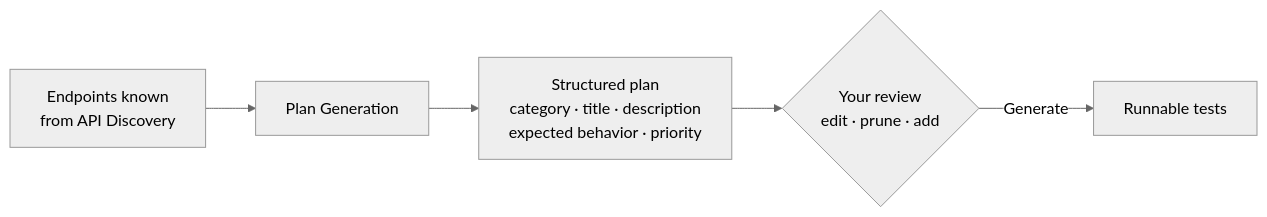
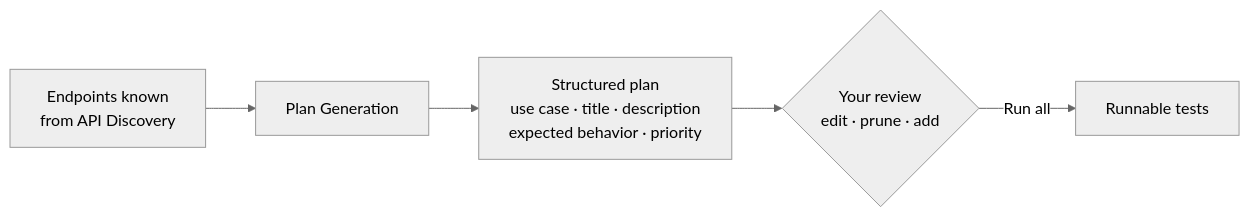
Before and after one commit to TestSprite/Docs: the diagram in web-portal/core/api/api-plan-gen.mdx, drawn with Mermaid (neutral theme). The commit also changed other lines of this file and 357 other files, not shown here.

````diff
--- a/web-portal/core/api/api-plan-gen.mdx
+++ b/web-portal/core/api/api-plan-gen.mdx
@@ -16,7 +15,7 @@
 ```mermaid
 flowchart LR
     A[Endpoints known<br/>from API Discovery] --> B[Plan Generation]
-    B --> C[Structured plan<br/>category · title · description<br/>expected behavior · priority]
+    B --> C[Structured plan<br/>use case · title · description<br/>expected behavior · priority]
     C --> D{Your review<br/>edit · prune · add}
-    D -->|Generate| E[Runnable tests]
+    D -->|Run all| E[Runnable tests]
 ```
````
